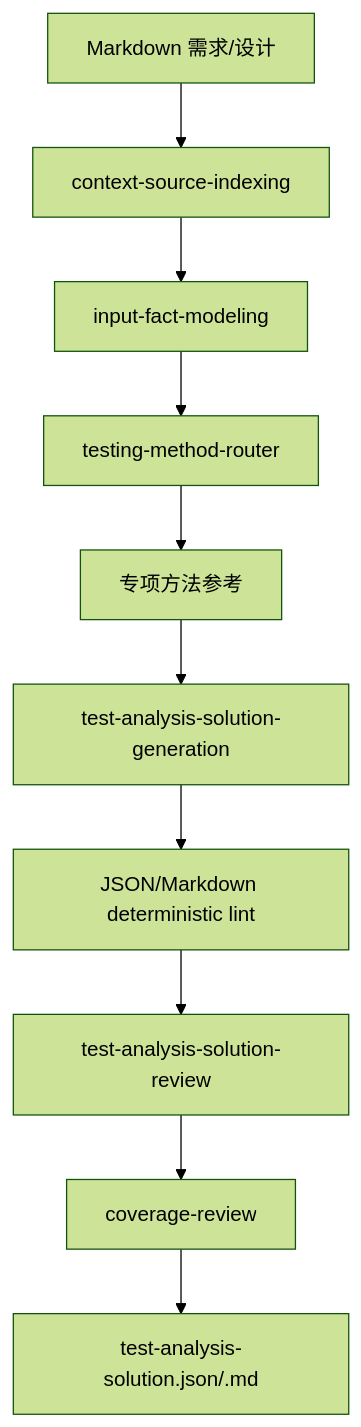
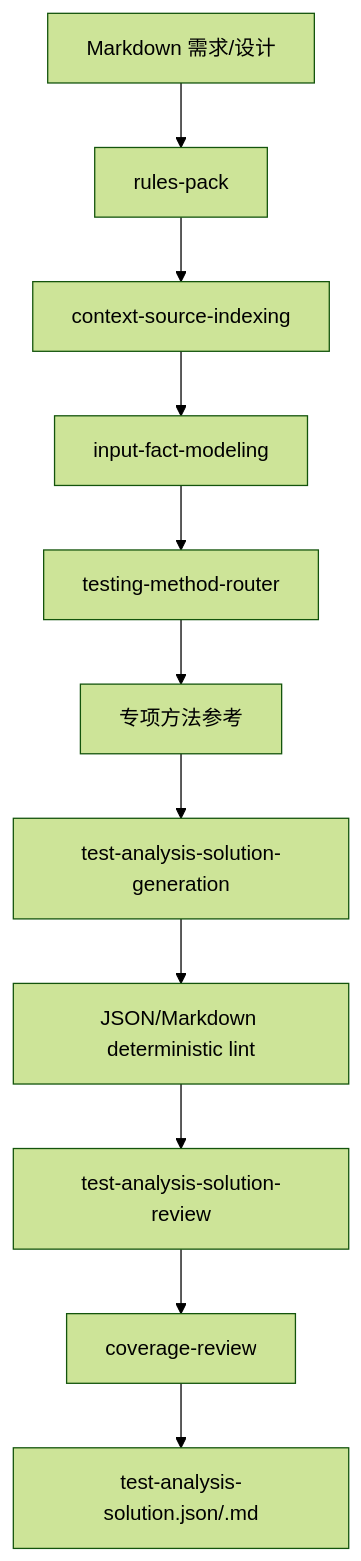
The diagram in docs/test-analysis-agent-design.md (szluoqy-byte/Test-Analysis-Agent-MM), drawn with Mermaid (forest theme) before and after one commit. The commit also changed other lines of this file and 79 other files, not shown here.

Commit message:
feat: add rules pack enforcement flow

````diff
--- a/docs/test-analysis-agent-design.md
+++ b/docs/test-analysis-agent-design.md
@@ -17,12 +17,13 @@
 ```mermaid
 flowchart TD
-  input["Markdown 需求/设计"] --> context["context-source-indexing"]
+  input["Markdown 需求/设计"] --> rules["rules-pack"]
+  rules --> context["context-source-indexing"]
   context --> facts["input-fact-modeling"]
   facts --> router["testing-method-router"]
   router --> methods["专项方法参考"]
   methods --> generation["test-analysis-solution-generation"]
   generation --> lint["JSON/Markdown deterministic lint"]
   lint --> review["test-analysis-solution-review"]
   review --> coverage["coverage-review"]
   coverage --> output["test-analysis-solution.json/.md"]
 ```
````
